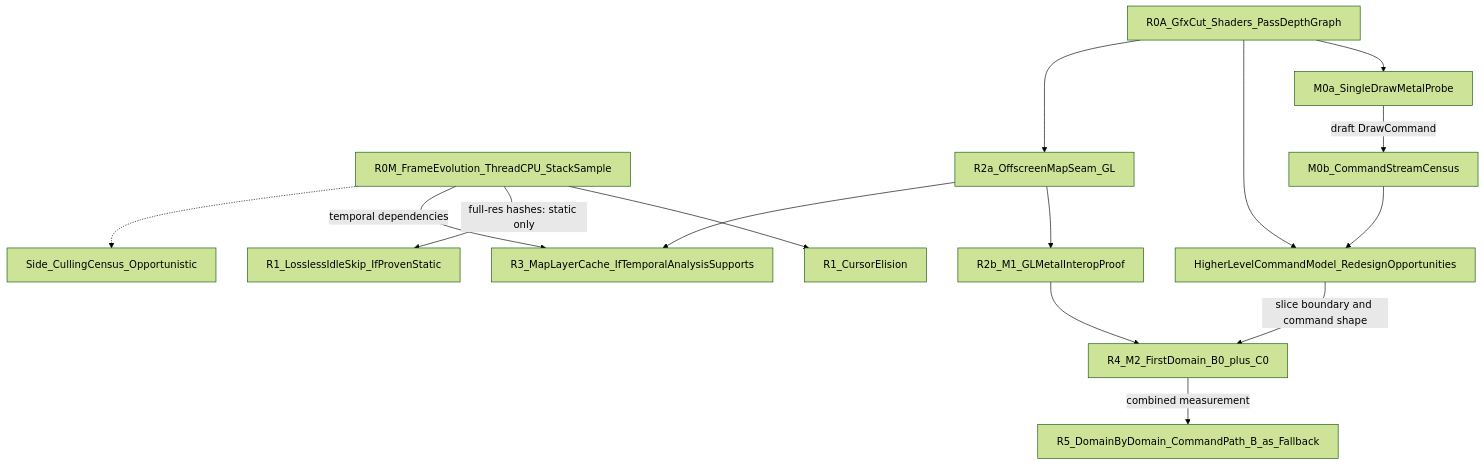
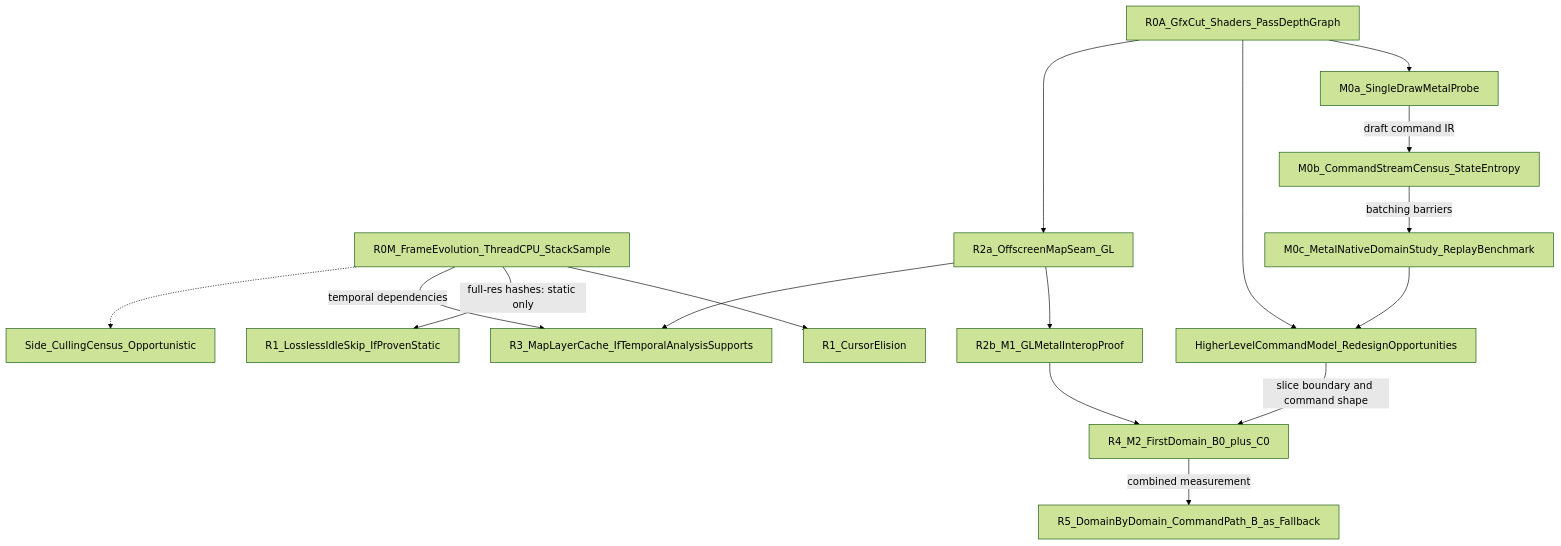
Before and after one commit to HagbardCel/eu4-mac-perf: the diagram in docs/eu4_recommended_strategy.md, drawn with Mermaid (forest theme). The commit also changed other lines of this file and 1 other file, not shown here.

First line of the commit message:
docs: M0c Metal-native domain study, provisional command IR, domain-normalized R4 gate

````diff
--- a/docs/eu4_recommended_strategy.md
+++ b/docs/eu4_recommended_strategy.md
@@ -102,31 +110,33 @@
 ```mermaid
 flowchart TD
     R0m[R0M_FrameEvolution_ThreadCPU_StackSample]
     R0a[R0A_GfxCut_Shaders_PassDepthGraph]
     M0[M0a_SingleDrawMetalProbe]
-    M0b[M0b_CommandStreamCensus]
+    M0b[M0b_CommandStreamCensus_StateEntropy]
+    M0c[M0c_MetalNativeDomainStudy_ReplayBenchmark]
     Model[HigherLevelCommandModel_RedesignOpportunities]
     Cursor[R1_CursorElision]
     Skip[R1_LosslessIdleSkip_IfProvenStatic]
     Seam[R2a_OffscreenMapSeam_GL]
     Interop[R2b_M1_GLMetalInteropProof]
     Cache[R3_MapLayerCache_IfTemporalAnalysisSupports]
     Slice[R4_M2_FirstDomain_B0_plus_C0]
     Expand[R5_DomainByDomain_CommandPath_B_as_Fallback]
     Cull[Side_CullingCensus_Opportunistic]
 
     R0m --> Cursor
     R0m -->|"full-res hashes: static only"| Skip
     R0m -->|"temporal dependencies"| Cache
     R0a --> M0
-    M0 -->|"draft DrawCommand"| M0b
+    M0 -->|"draft command IR"| M0b
+    M0b -->|"batching barriers"| M0c
     R0a --> Model
-    M0b --> Model
+    M0c --> Model
     R0a --> Seam
     Seam --> Interop
     Seam --> Cache
     Interop --> Slice
     Model -->|"slice boundary and command shape"| Slice
     Slice -->|"combined measurement"| Expand
     R0m -.-> Cull
 ```
````
